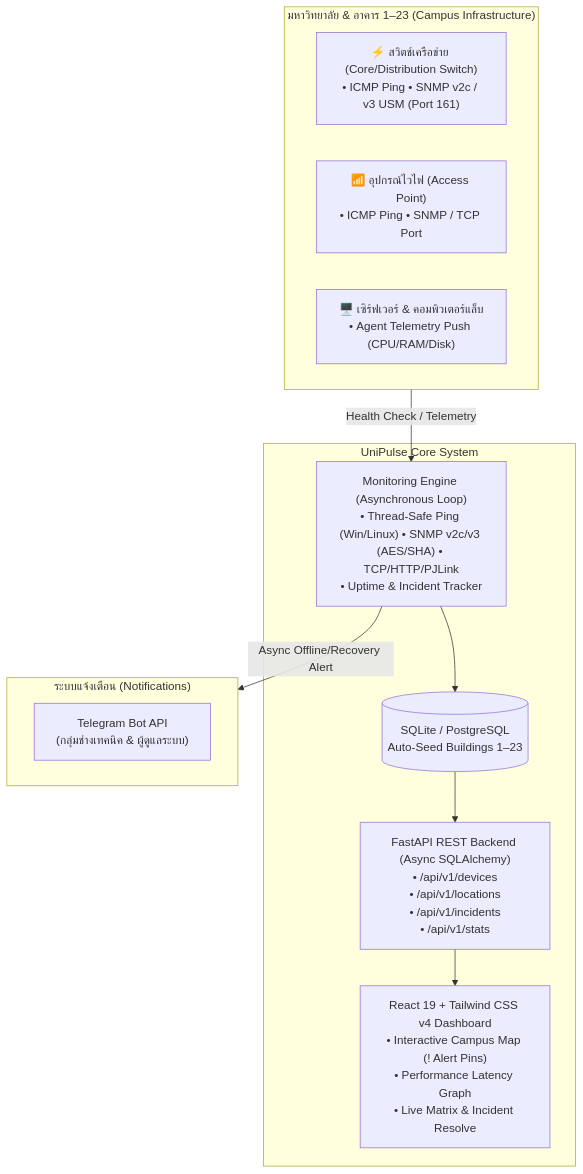
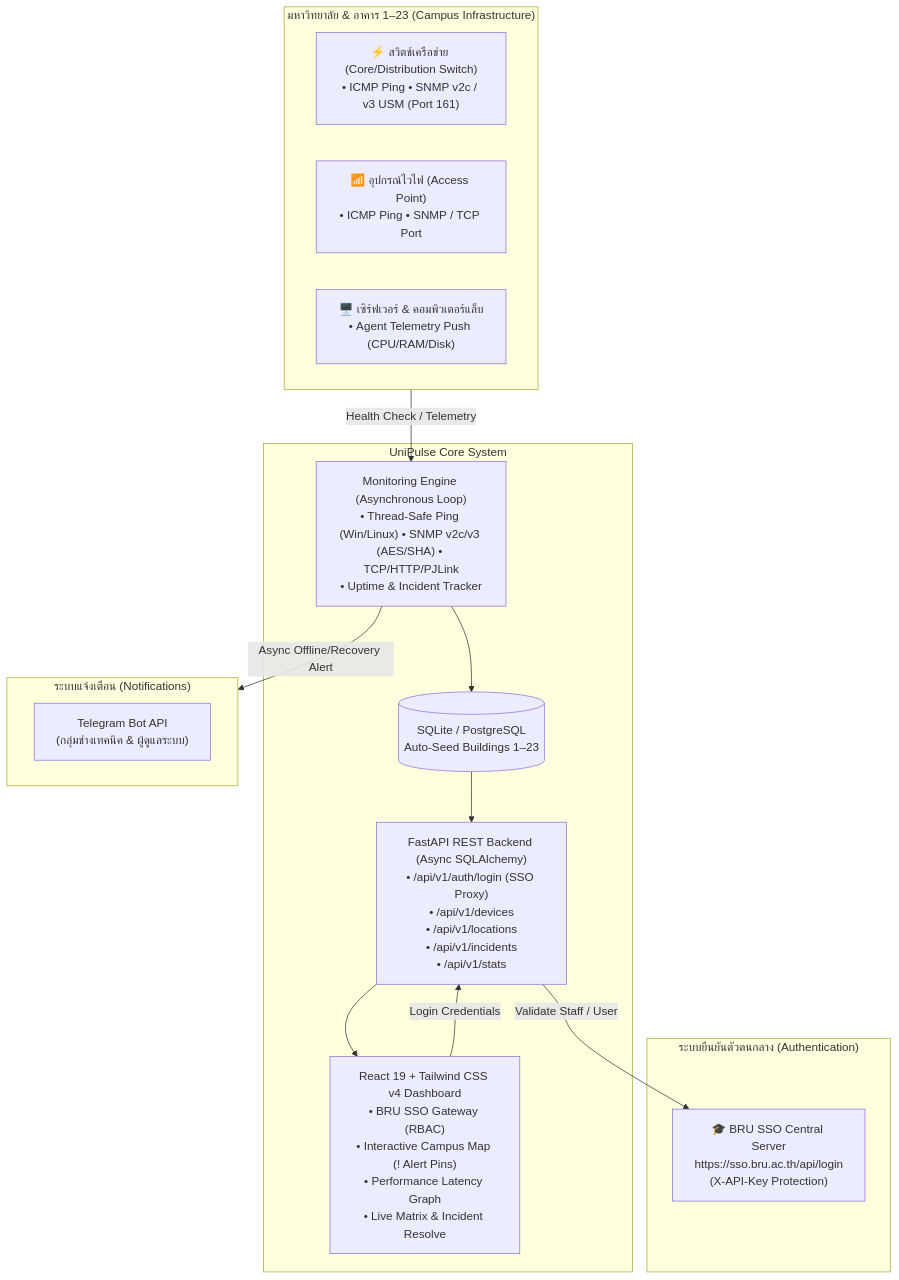
One commit to xfo110w/unipulse changed the diagram in README.md. Above: the diagram before and after it, drawn with Mermaid. The commit also changed other lines of this file, not shown here.

Commit message:
docs: update README with BRU SSO authentication and RBAC details

````diff
--- a/README.md
+++ b/README.md
@@ -35,25 +36,31 @@
 ```mermaid
 flowchart TD
     subgraph Campus["มหาวิทยาลัย & อาคาร 1–23 (Campus Infrastructure)"]
         SW["⚡ สวิตช์เครือข่าย (Core/Distribution Switch)<br>• ICMP Ping • SNMP v2c / v3 USM (Port 161)"]
         AP["📶 อุปกรณ์ไวไฟ (Access Point)<br>• ICMP Ping • SNMP / TCP Port"]
         SRV["🖥️ เซิร์ฟเวอร์ & คอมพิวเตอร์แล็บ<br>• Agent Telemetry Push (CPU/RAM/Disk)"]
     end
 
     subgraph CoreSystem["UniPulse Core System"]
         Engine["Monitoring Engine (Asynchronous Loop)<br>• Thread-Safe Ping (Win/Linux) • SNMP v2c/v3 (AES/SHA) • TCP/HTTP/PJLink<br>• Uptime & Incident Tracker"]
         DB[("SQLite / PostgreSQL<br>Auto-Seed Buildings 1–23")]
-        API["FastAPI REST Backend (Async SQLAlchemy)<br>• /api/v1/devices<br>• /api/v1/locations<br>• /api/v1/incidents<br>• /api/v1/stats"]
-        WebUI["React 19 + Tailwind CSS v4 Dashboard<br>• Interactive Campus Map (! Alert Pins)<br>• Performance Latency Graph<br>• Live Matrix & Incident Resolve"]
+        API["FastAPI REST Backend (Async SQLAlchemy)<br>• /api/v1/auth/login (SSO Proxy)<br>• /api/v1/devices<br>• /api/v1/locations<br>• /api/v1/incidents<br>• /api/v1/stats"]
+        WebUI["React 19 + Tailwind CSS v4 Dashboard<br>• BRU SSO Gateway (RBAC)<br>• Interactive Campus Map (! Alert Pins)<br>• Performance Latency Graph<br>• Live Matrix & Incident Resolve"]
+    end
+
+    subgraph ExternalAuth["ระบบยืนยันตัวตนกลาง (Authentication)"]
+        BRUSSO["🎓 BRU SSO Central Server<br>https://sso.bru.ac.th/api/login<br>(X-API-Key Protection)"]
     end
 
     subgraph Alerts["ระบบแจ้งเตือน (Notifications)"]
         TelegramBot["Telegram Bot API<br>(กลุ่มช่างเทคนิค & ผู้ดูแลระบบ)"]
     end
 
     Campus -->|Health Check / Telemetry| Engine
     Engine --> DB
     DB --> API
     API --> WebUI
+    WebUI -->|Login Credentials| API
+    API -->|Validate Staff / User| BRUSSO
     Engine -->|Async Offline/Recovery Alert| Alerts
 ```
````
